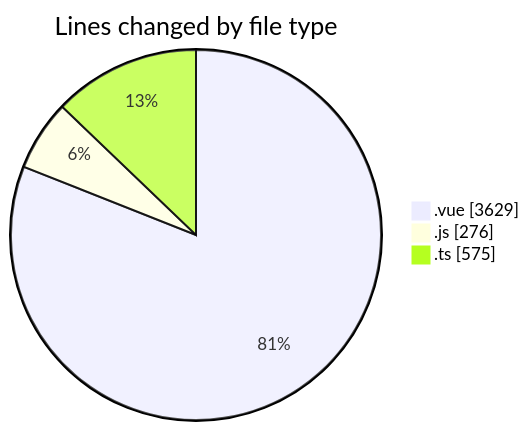
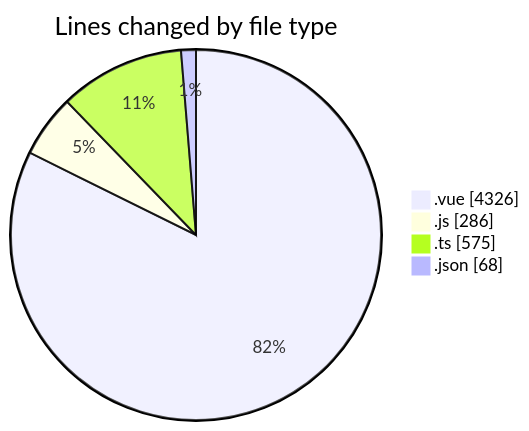
The first of 2 diagrams in 2025-08-12/rentotp/README.md (lephambinh05/code-tracking), drawn with Mermaid before and after one commit. The commit also changed other lines of this file and 1 other file, not shown here.

````diff
--- a/2025-08-12/rentotp/README.md
+++ b/2025-08-12/rentotp/README.md
@@ -34,7 +36,8 @@
 ```mermaid
 pie showData
 title Lines changed by file type
-".vue" : 3629
-".js" : 276
+".vue" : 4326
+".js" : 286
 ".ts" : 575
+".json" : 68
 ```
````
